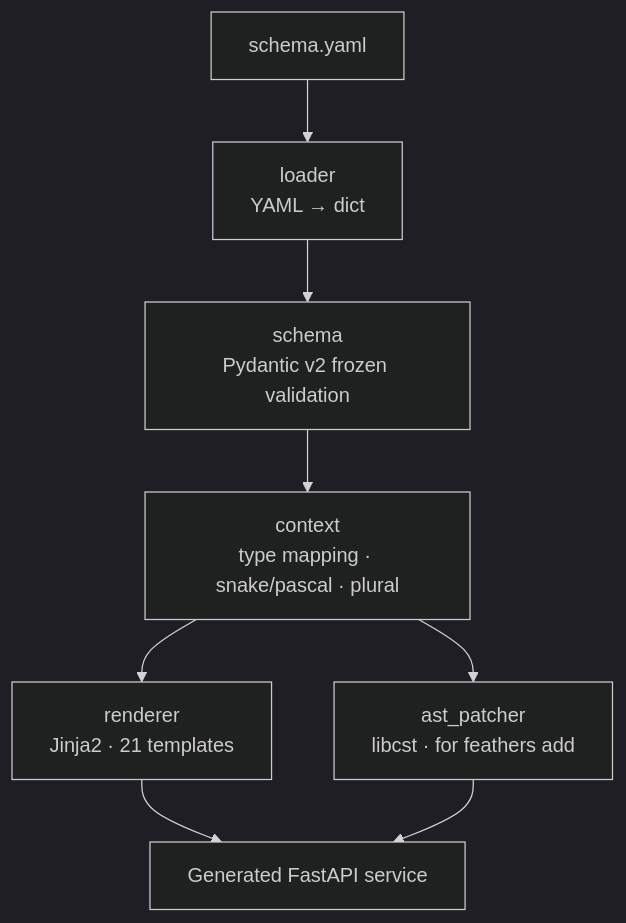
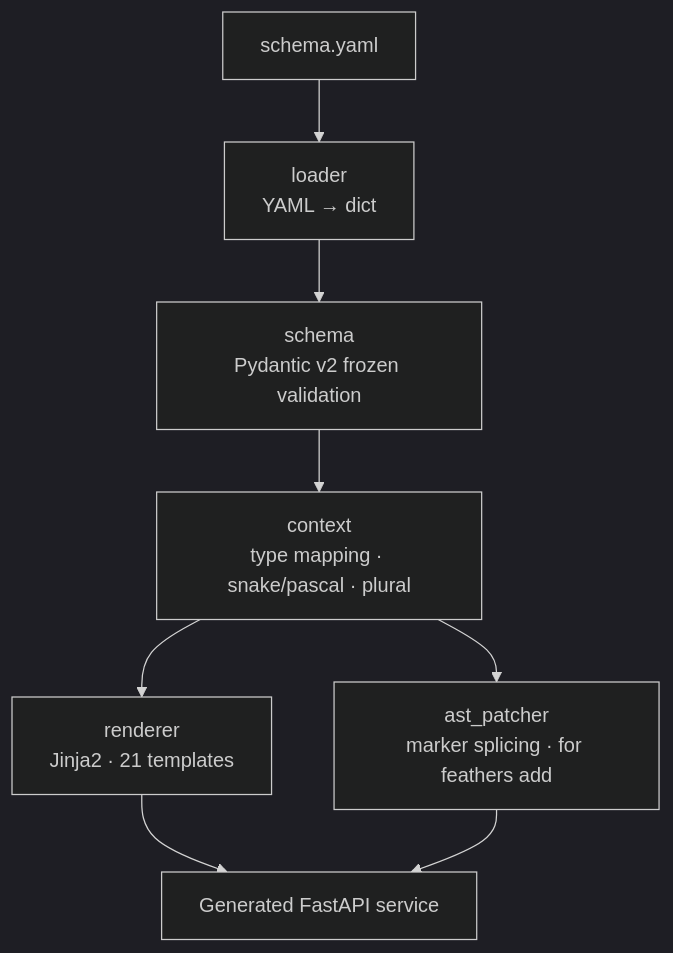
The first of 4 diagrams in README.md (Abdul-Muizz1310/feathers), drawn with Mermaid (dark theme) before and after one commit. The commit also changed other lines of this file and 4 other files, not shown here.

First line of the commit message:
docs: describe codegen as marker splicing, not libcst AST rewriting

````diff
--- a/README.md
+++ b/README.md
@@ -62,10 +62,10 @@
 ```mermaid
 flowchart TD
     YAML[schema.yaml] --> Loader[loader<br/>YAML → dict]
     Loader --> Schema[schema<br/>Pydantic v2 frozen validation]
     Schema --> Context[context<br/>type mapping · snake/pascal · plural]
     Context --> Renderer[renderer<br/>Jinja2 · 21 templates]
-    Context --> Patcher[ast_patcher<br/>libcst · for feathers add]
+    Context --> Patcher[ast_patcher<br/>marker splicing · for feathers add]
     Renderer --> Service[Generated FastAPI service]
     Patcher --> Service
 ```
````
